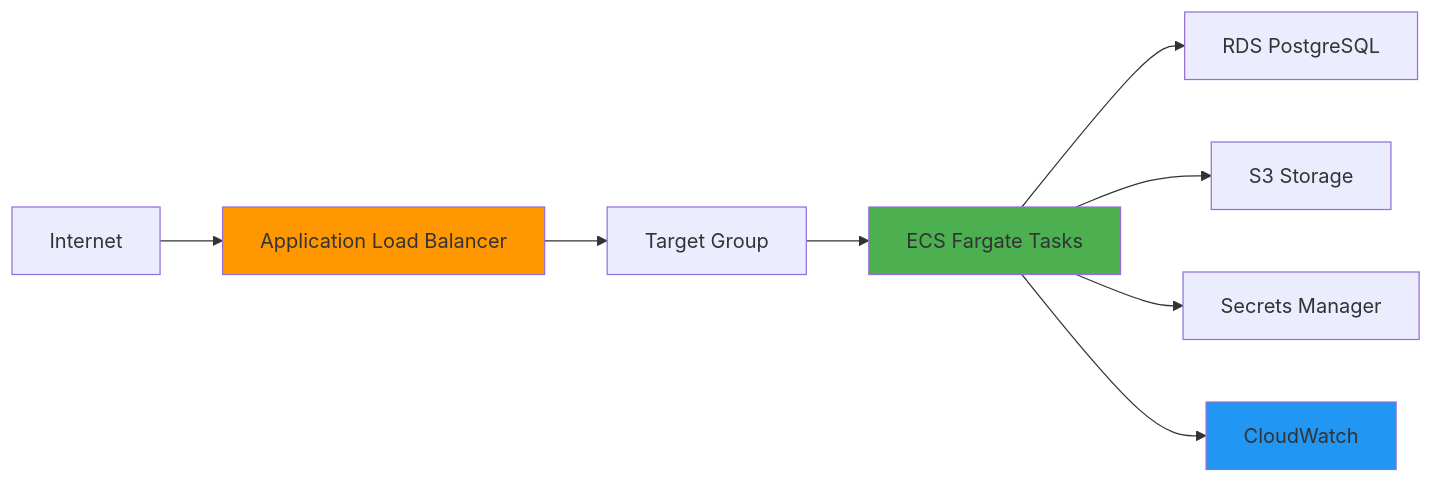
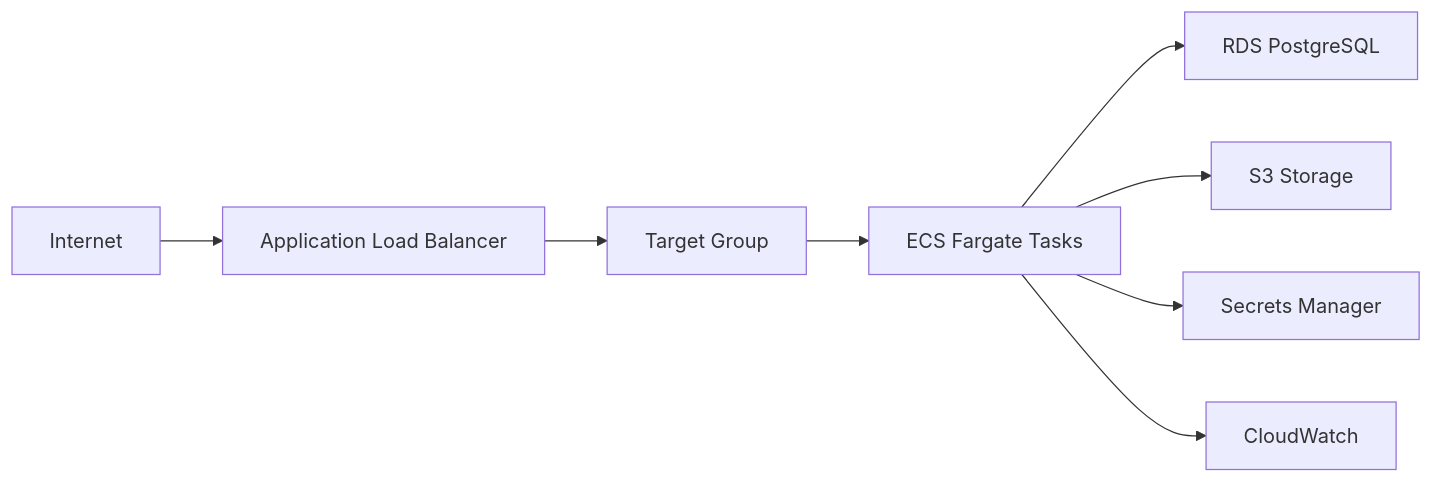
One commit to hoangsonww/PetSwipe-Match-App changed the seventh of 8 diagrams in agentic_ai/README.md. Above: the diagram before and after it, drawn with Mermaid. The commit also changed other lines of this file, not shown here.

````diff
--- a/agentic_ai/README.md
+++ b/agentic_ai/README.md
@@ -658,14 +641,10 @@
 ```mermaid
 graph LR
     Internet --> ALB[Application Load Balancer]
     ALB --> TG[Target Group]
     TG --> ECS[ECS Fargate Tasks]
     ECS --> RDS[RDS PostgreSQL]
     ECS --> S3[S3 Storage]
     ECS --> Secrets[Secrets Manager]
     ECS --> CW[CloudWatch]
-
-    style ALB fill:#ff9800
-    style ECS fill:#4caf50
-    style CW fill:#2196f3
 ```
````
